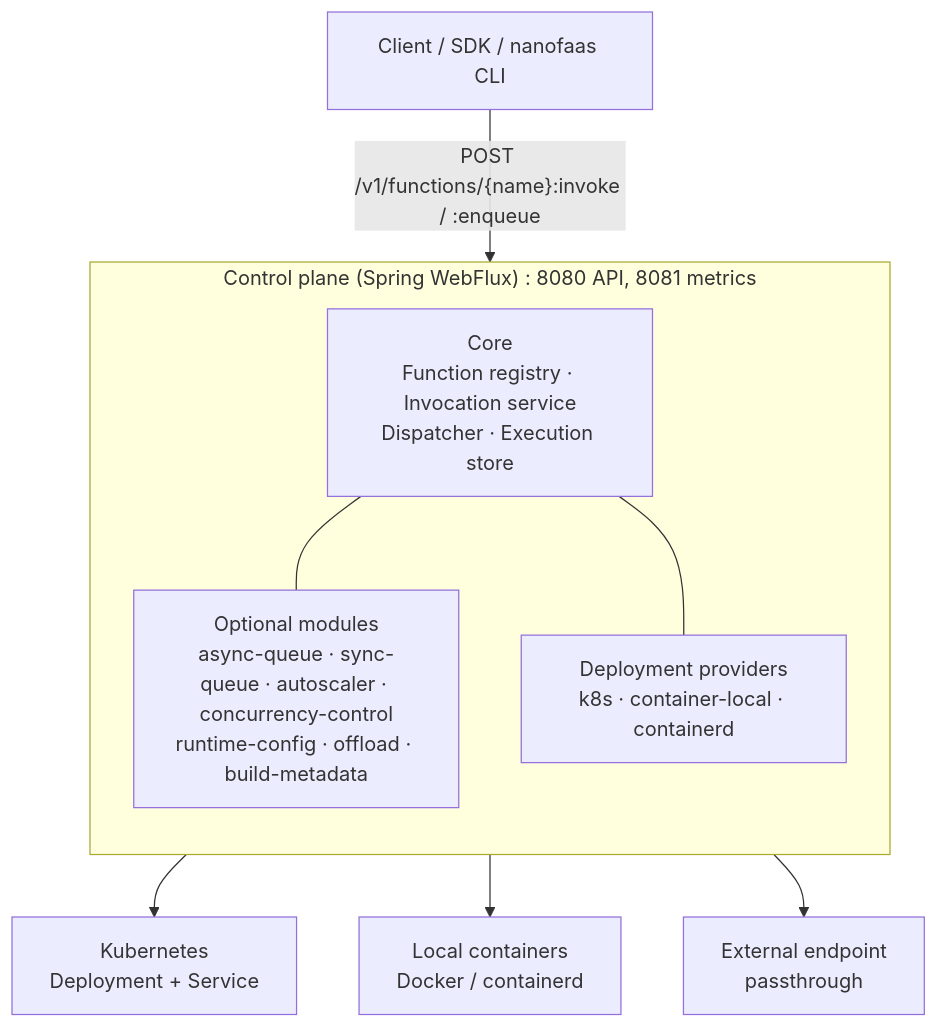
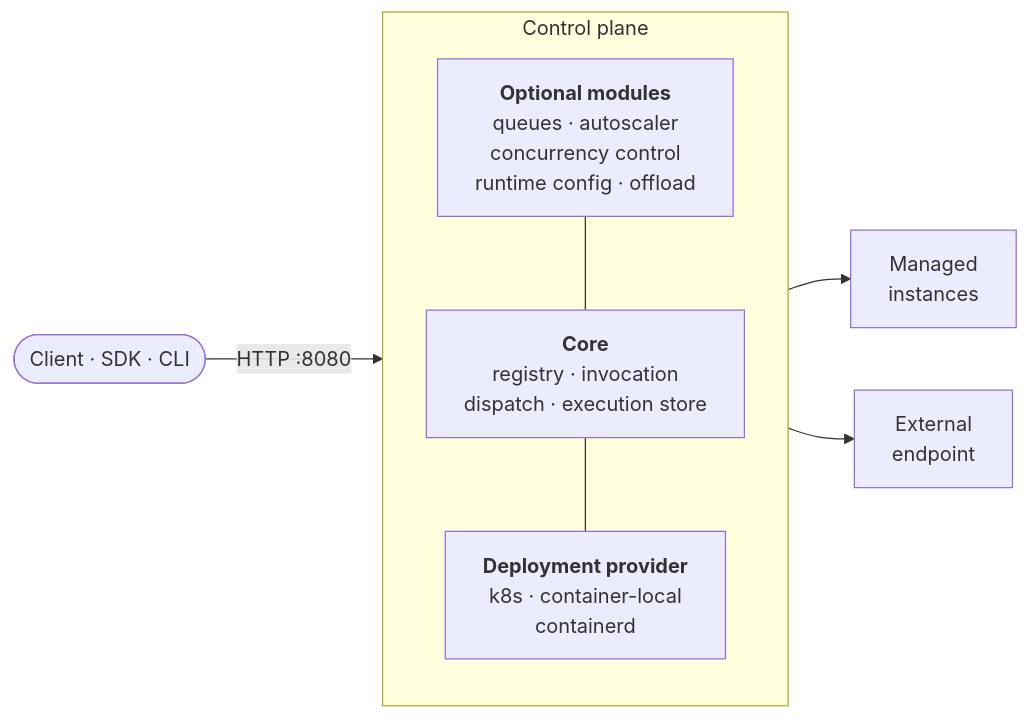
The diagram in README.md (Nanofaas/nanofaas), drawn with Mermaid before and after one commit. The commit also changed other lines of this file, not shown here.

````diff
--- a/README.md
+++ b/README.md
@@ -50,18 +104,16 @@
 ```mermaid
-flowchart TB
-    client["Client / SDK / nanofaas CLI"]
+flowchart LR
+    client(["Client · SDK · CLI"])
 
-    subgraph cp["Control plane (Spring WebFlux) : 8080 API, 8081 metrics"]
+    subgraph cp["Control plane"]
         direction TB
-        core["Core<br/>Function registry · Invocation service<br/>Dispatcher · Execution store"]
-        mods["Optional modules<br/>async-queue · sync-queue · autoscaler · concurrency-control<br/>runtime-config · offload · build-metadata"]
-        prov["Deployment providers<br/>k8s · container-local · containerd"]
-        core --- mods
-        core --- prov
+        core["<b>Core</b><br/>registry · invocation<br/>dispatch · execution store"]
+        mods["<b>Optional modules</b><br/>queues · autoscaler<br/>concurrency control<br/>runtime config · offload"]
+        prov["<b>Deployment provider</b><br/>k8s · container-local<br/>containerd"]
+        mods --- core --- prov
     end
 
-    client -->|"POST /v1/functions/{name}:invoke / :enqueue"| core
-    prov --> k8s["Kubernetes<br/>Deployment + Service"]
-    prov --> ctr["Local containers<br/>Docker / containerd"]
-    core --> ext["External endpoint<br/>passthrough"]
+    client -- "HTTP :8080" --> core
+    prov --> managed["Managed<br/>instances"]
+    core --> external["External<br/>endpoint"]
 ```
````
